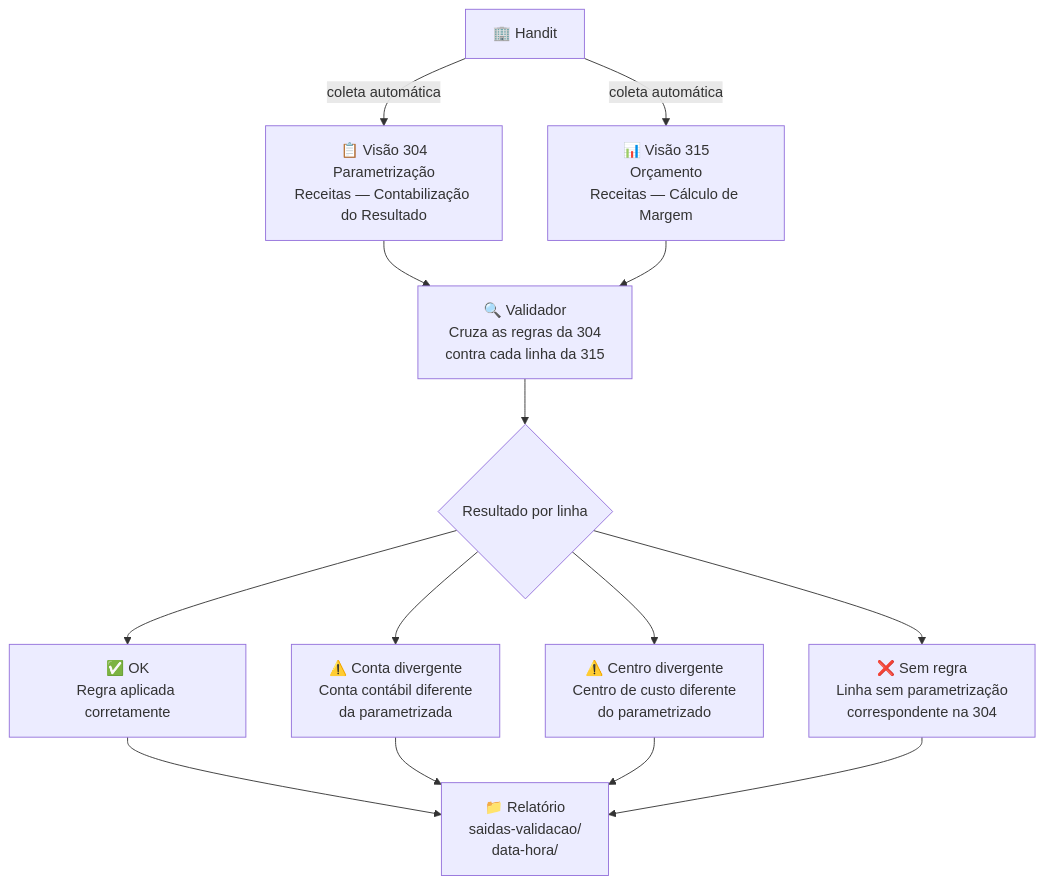
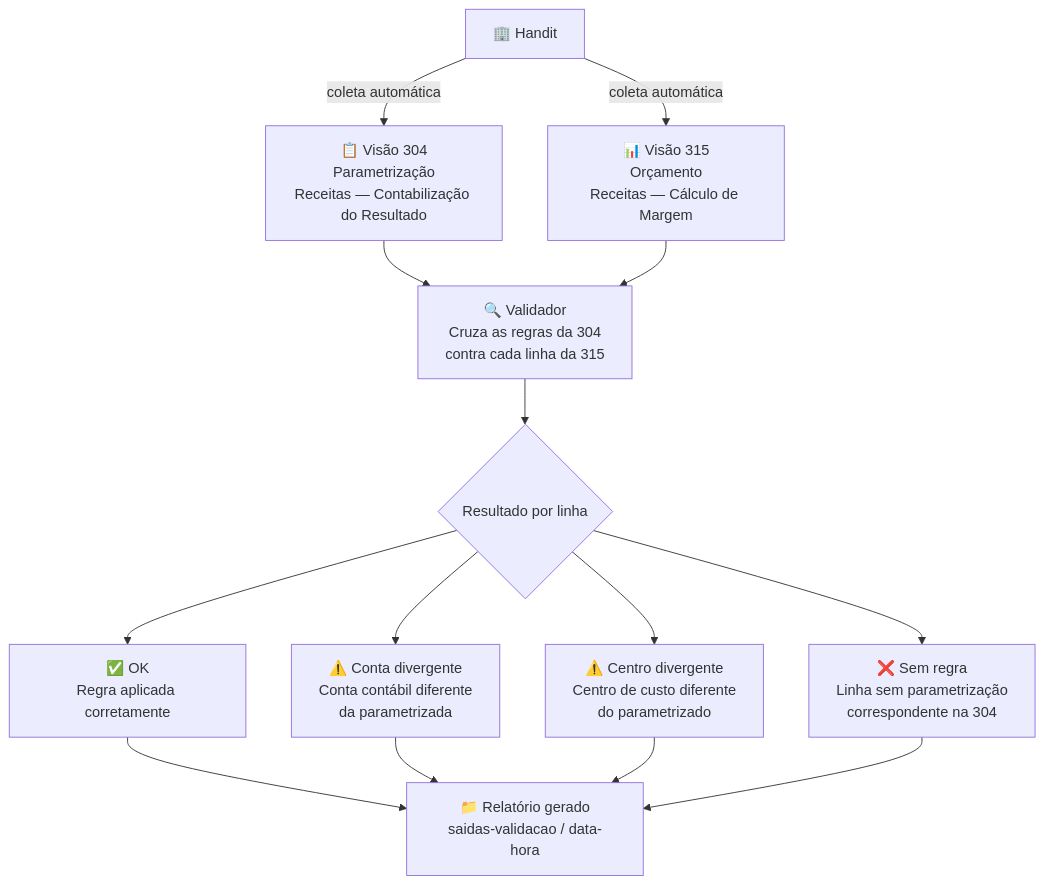
The diagram in README.md (lucamaral/validador-contabilizacao), drawn with Mermaid before and after one commit. The commit also changed other lines of this file, not shown here.

````diff
--- a/README.md
+++ b/README.md
@@ -43,22 +46,22 @@
 ```mermaid
 flowchart TD
     A["🏢 Handit"]
 
     A -->|coleta automática| B["📋 Visão 304\nParametrização\nReceitas — Contabilização do Resultado"]
     A -->|coleta automática| C["📊 Visão 315\nOrçamento\nReceitas — Cálculo de Margem"]
 
     B --> D["🔍 Validador\nCruza as regras da 304\ncontra cada linha da 315"]
     C --> D
 
     D --> E{"Resultado por linha"}
 
     E --> F["✅ OK\nRegra aplicada corretamente"]
     E --> G["⚠️ Conta divergente\nConta contábil diferente\nda parametrizada"]
     E --> H["⚠️ Centro divergente\nCentro de custo diferente\ndo parametrizado"]
     E --> I["❌ Sem regra\nLinha sem parametrização\ncorrespondente na 304"]
 
-    F --> J["📁 Relatório\nsaidas-validacao/\ndata-hora/"]
+    F --> J["📁 Relatório gerado\nsaidas-validacao / data-hora"]
     G --> J
     H --> J
     I --> J
 ```
````
